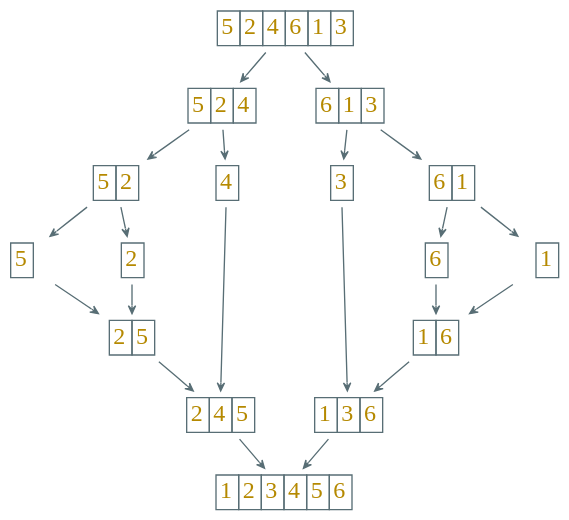
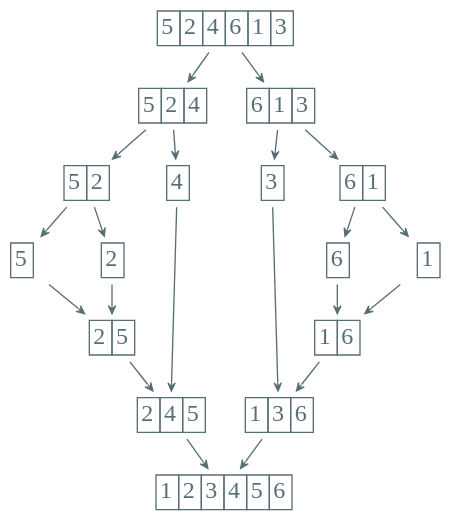
The diagram in dot/sorting/merge-sort.dot (Avanti1980/course-alg), drawn with Graphviz before and after one commit. The commit also changed 10 other files, not shown here.

```diff
--- a/dot/sorting/merge-sort.dot
+++ b/dot/sorting/merge-sort.dot
@@ -1,115 +1,104 @@
 digraph g {
-    bgcolor=transparent
-    graph [nodesep=0.4, ranksep=0.3]
-    rankdir=TB
-    node [shape=none, color="#586e75", fontcolor="#b58900", fontsize=18, fontname="YsabeauText, FZFWZhuZiGuDianSLMC"]
-    edge [arrowhead=vee, color="#586e75", fontcolor="#268bd2", fontsize=16, fontname="YsabeauText, FZFWZhuZiGuDianSLMC", arrowsize=0.6]
-
-    n1 [label=<<table width="3" cellspacing="0" border="0"><tr>
+   bgcolor="transparent";
+   graph [nodesep=0.2, ranksep=0.3];
+   rankdir="TB";
+   node [shape="none", color="#586e75", fontcolor="#586e75", fontsize=18, fontname="YsabeauText, FZFWZhuZiGuDianSLMC"];
+   edge [arrowhead="vee", color="#586e75", fontcolor="#268bd2", fontsize=16, fontname="YsabeauText, FZFWZhuZiGuDianSLMC", arrowsize=0.6];
+   n1 [label=<<table width="3" cellspacing="0" border="0"><tr>
        <td border="1">5</td>
        <td border="1">2</td>
        <td border="1">4</td>
        <td border="1">6</td>
        <td border="1">1</td>
        <td border="1">3</td>
-       </tr></table>>]
-
-    n2 [label=<<table cellspacing="0" border="0"><tr>
+       </tr></table>>];
+   n2 [label=<<table cellspacing="0" border="0"><tr>
        <td border="1">5</td>
        <td border="1">2</td>
        <td border="1">4</td>
-       </tr></table>>]
-
-    n3 [label=<<table cellspacing="0" border="0"><tr>
+       </tr></table>>];
+   n3 [label=<<table cellspacing="0" border="0"><tr>
        <td border="1">6</td>
        <td border="1">1</td>
        <td border="1">3</td>
-       </tr></table>>]
-
-    n1 -> {n2, n3}
-
-    n4 [label=<<table cellspacing="0" border="0"><tr>
+       </tr></table>>];
+   n1 -> n2;
+   n1 -> n3;
+   n4 [label=<<table cellspacing="0" border="0"><tr>
        <td border="1">5</td>
        <td border="1">2</td>
-       </tr></table>>]
-
-    n5 [label=<<table cellspacing="0" border="0"><tr>
+       </tr></table>>];
+   n5 [label=<<table cellspacing="0" border="0"><tr>
        <td border="1">4</td>
-       </tr></table>>]
-
-    n2 -> {n4, n5}
-
-    n7 [label=<<table cellspacing="0" border="0"><tr>
+       </tr></table>>];
+   n2 -> n4;
+   n2 -> n5;
+   n7 [label=<<table cellspacing="0" border="0"><tr>
        <td border="1">3</td>
-       </tr></table>>]
-
-    n6 [label=<<table cellspacing="0" border="0"><tr>
+       </tr></table>>];
+   n6 [label=<<table cellspacing="0" border="0"><tr>
        <td border="1">6</td>
        <td border="1">1</td>
-       </tr></table>>]
-
-    n3 -> {n6, n7}
-
-    {rank=same; n4; n5; n6; n7}
-
-    n8 [label=<<table cellspacing="0" border="0"><tr>
+       </tr></table>>];
+   n3 -> n6;
+   n3 -> n7;
+   {
+      rank="same";
+      n4;
+      n5;
+      n6;
+      n7;
+   }
+   n8 [label=<<table cellspacing="0" border="0"><tr>
        <td border="1">5</td>
-       </tr></table>>]
-
-    n9 [label=<<table cellspacing="0" border="0"><tr>
+       </tr></table>>];
+   n9 [label=<<table cellspacing="0" border="0"><tr>
        <td border="1">2</td>
-       </tr></table>>]
-
-    n4 -> {n8, n9}
-
-    n10 [label=<<table cellspacing="0" border="0"><tr>
+       </tr></table>>];
+   n4 -> n8;
+   n4 -> n9;
+   n10 [label=<<table cellspacing="0" border="0"><tr>
        <td border="1">6</td>
-       </tr></table>>]
-
-    n11 [label=<<table cellspacing="0" border="0"><tr>
+       </tr></table>>];
+   n11 [label=<<table cellspacing="0" border="0"><tr>
        <td border="1">1</td>
-       </tr></table>>]
-
-    n6 -> {n10, n11}
-
-    n12 [label=<<table cellspacing="0" border="0"><tr>
+       </tr></table>>];
+   n6 -> n10;
+   n6 -> n11;
+   n12 [label=<<table cellspacing="0" border="0"><tr>
        <td border="1">2</td>
        <td border="1">5</td>
-       </tr></table>>]
-
-    {n8, n9} -> n12
-
-    n13 [label=<<table cellspacing="0" border="0"><tr>
+       </tr></table>>];
+   n8 -> n12;
+   n9 -> n12;
+   n13 [label=<<table cellspacing="0" border="0"><tr>
        <td border="1">1</td>
        <td border="1">6</td>
-       </tr></table>>]
-
-    {n10, n11} -> n13
-
-    n14 [label=<<table cellspacing="0" border="0"><tr>
+       </tr></table>>];
+   n10 -> n13;
+   n11 -> n13;
+   n14 [label=<<table cellspacing="0" border="0"><tr>
        <td border="1">2</td>
        <td border="1">4</td>
        <td border="1">5</td>
-       </tr></table>>]
-
-    {n5, n12} -> n14
-
-    n15 [label=<<table cellspacing="0" border="0"><tr>
+       </tr></table>>];
+   n5 -> n14;
+   n12 -> n14;
+   n15 [label=<<table cellspacing="0" border="0"><tr>
        <td border="1">1</td>
        <td border="1">3</td>
        <td border="1">6</td>
-       </tr></table>>]
-
-    {n7, n13} -> n15
-
-    n16 [label=<<table cellspacing="0" border="0"><tr>
+       </tr></table>>];
+   n7 -> n15;
+   n13 -> n15;
+   n16 [label=<<table cellspacing="0" border="0"><tr>
        <td border="1">1</td>
        <td border="1">2</td>
        <td border="1">3</td>
        <td border="1">4</td>
        <td border="1">5</td>
        <td border="1">6</td>
-       </tr></table>>]
-
-    {n14, n15} -> n16
+       </tr></table>>];
+   n14 -> n16;
+   n15 -> n16;
 }
```
